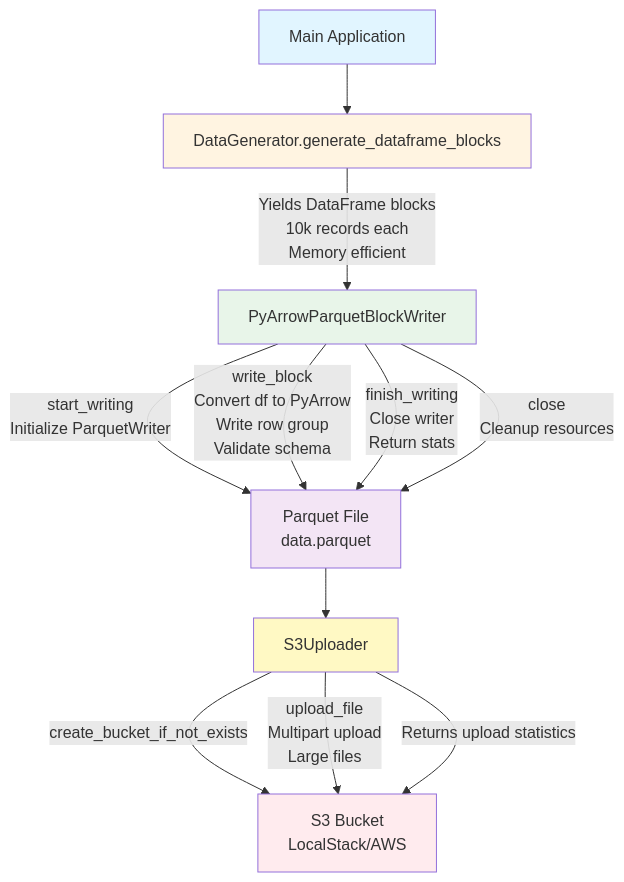
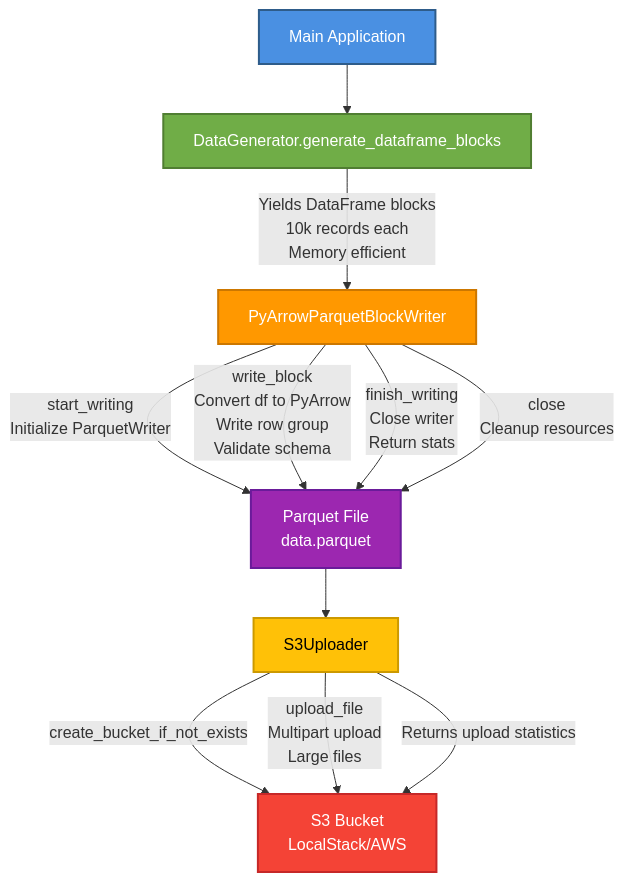
Before and after one commit to nferreira/pyarrow-example-to-handle-bronze-data: the first of 5 diagrams in ARCHITECTURE.md, drawn with Mermaid. The commit also changed other lines of this file and 13 other files, not shown here.

````diff
--- a/ARCHITECTURE.md
+++ b/ARCHITECTURE.md
@@ -112,20 +112,20 @@
 ```mermaid
 flowchart TD
     A[Main Application] --> B[DataGenerator.generate_dataframe_blocks]
     B -->|Yields DataFrame blocks<br/>10k records each<br/>Memory efficient| C[PyArrowParquetBlockWriter]
     C -->|start_writing<br/>Initialize ParquetWriter| D[Parquet File<br/>data.parquet]
     C -->|write_block<br/>Convert df to PyArrow<br/>Write row group<br/>Validate schema| D
     C -->|finish_writing<br/>Close writer<br/>Return stats| D
     C -->|close<br/>Cleanup resources| D
     D --> E[S3Uploader]
     E -->|create_bucket_if_not_exists| F[S3 Bucket<br/>LocalStack/AWS]
     E -->|upload_file<br/>Multipart upload<br/>Large files| F
     E -->|Returns upload statistics| F
     
-    style A fill:#e1f5ff
-    style B fill:#fff4e1
-    style C fill:#e8f5e9
-    style D fill:#f3e5f5
-    style E fill:#fff9c4
-    style F fill:#ffebee
+    style A fill:#4A90E2,stroke:#2E5C8A,stroke-width:2px,color:#fff
+    style B fill:#70AD47,stroke:#507E32,stroke-width:2px,color:#fff
+    style C fill:#FF9800,stroke:#CC7700,stroke-width:2px,color:#fff
+    style D fill:#9C27B0,stroke:#6A1B9A,stroke-width:2px,color:#fff
+    style E fill:#FFC107,stroke:#CC9900,stroke-width:2px,color:#000
+    style F fill:#F44336,stroke:#C62828,stroke-width:2px,color:#fff
 ```
````
